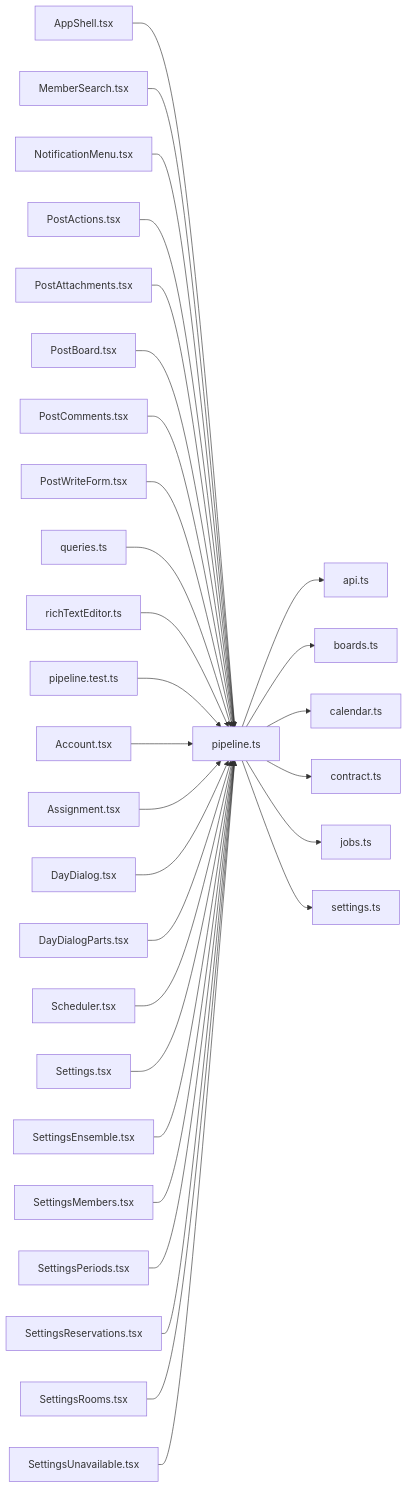
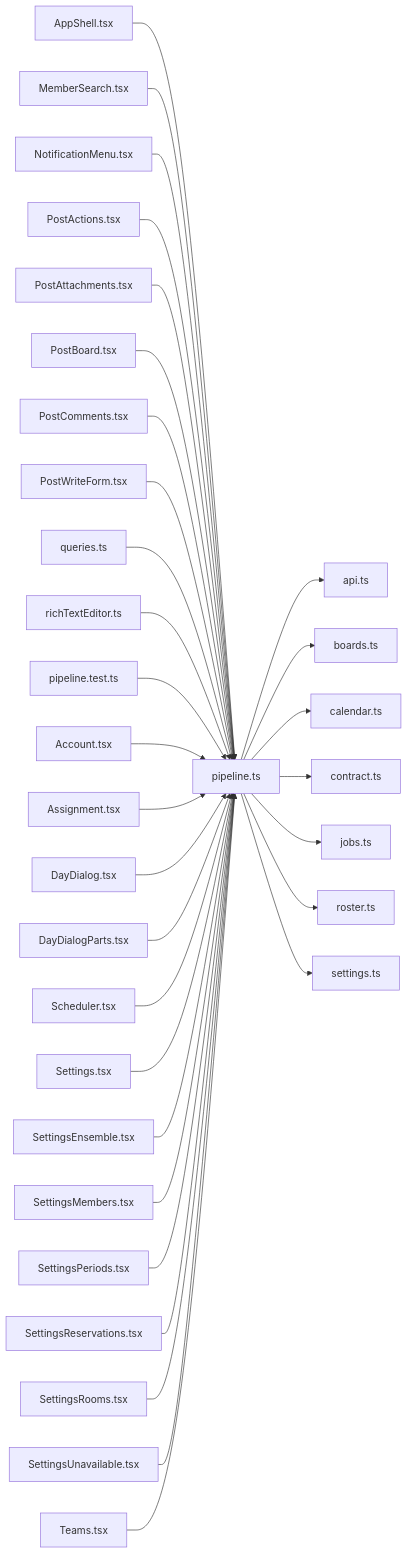
The diagram in .cluedoc/graph/frontend/src/lib/pipeline.md (minkong-dev/Banblit), drawn with Mermaid before and after one commit. The commit also changed other lines of this file and 11 other files, not shown here.

First line of the commit message:
frontend: move team saving, schedule loading and draft checks out of routes into lib

````diff
--- a/.cluedoc/graph/frontend/src/lib/pipeline.md
+++ b/.cluedoc/graph/frontend/src/lib/pipeline.md
@@ -10,33 +10,35 @@
 ```mermaid
 flowchart LR
   frontend_src_lib_pipeline["pipeline.ts"]
   frontend_src_lib_pipeline --> frontend_src_lib_api["api.ts"]
   frontend_src_lib_pipeline --> frontend_src_lib_boards["boards.ts"]
   frontend_src_lib_pipeline --> frontend_src_lib_calendar["calendar.ts"]
   frontend_src_lib_pipeline --> frontend_src_lib_contract["contract.ts"]
   frontend_src_lib_pipeline --> frontend_src_lib_jobs["jobs.ts"]
+  frontend_src_lib_pipeline --> frontend_src_lib_roster["roster.ts"]
   frontend_src_lib_pipeline --> frontend_src_lib_settings["settings.ts"]
   frontend_src_components_AppShell["AppShell.tsx"] --> frontend_src_lib_pipeline
   frontend_src_components_MemberSearch["MemberSearch.tsx"] --> frontend_src_lib_pipeline
   frontend_src_components_NotificationMenu["NotificationMenu.tsx"] --> frontend_src_lib_pipeline
   frontend_src_components_PostActions["PostActions.tsx"] --> frontend_src_lib_pipeline
   frontend_src_components_PostAttachments["PostAttachments.tsx"] --> frontend_src_lib_pipeline
   frontend_src_components_PostBoard["PostBoard.tsx"] --> frontend_src_lib_pipeline
   frontend_src_components_PostComments["PostComments.tsx"] --> frontend_src_lib_pipeline
   frontend_src_components_PostWriteForm["PostWriteForm.tsx"] --> frontend_src_lib_pipeline
   frontend_src_components_queries["queries.ts"] --> frontend_src_lib_pipeline
   frontend_src_components_richTextEditor["richTextEditor.ts"] --> frontend_src_lib_pipeline
   frontend_src_lib_pipeline_test["pipeline.test.ts"] --> frontend_src_lib_pipeline
   frontend_src_routes_Account["Account.tsx"] --> frontend_src_lib_pipeline
   frontend_src_routes_Assignment["Assignment.tsx"] --> frontend_src_lib_pipeline
   frontend_src_routes_DayDialog["DayDialog.tsx"] --> frontend_src_lib_pipeline
   frontend_src_routes_DayDialogParts["DayDialogParts.tsx"] --> frontend_src_lib_pipeline
   frontend_src_routes_Scheduler["Scheduler.tsx"] --> frontend_src_lib_pipeline
   frontend_src_routes_Settings["Settings.tsx"] --> frontend_src_lib_pipeline
   frontend_src_routes_SettingsEnsemble["SettingsEnsemble.tsx"] --> frontend_src_lib_pipeline
   frontend_src_routes_SettingsMembers["SettingsMembers.tsx"] --> frontend_src_lib_pipeline
   frontend_src_routes_SettingsPeriods["SettingsPeriods.tsx"] --> frontend_src_lib_pipeline
   frontend_src_routes_SettingsReservations["SettingsReservations.tsx"] --> frontend_src_lib_pipeline
   frontend_src_routes_SettingsRooms["SettingsRooms.tsx"] --> frontend_src_lib_pipeline
   frontend_src_routes_SettingsUnavailable["SettingsUnavailable.tsx"] --> frontend_src_lib_pipeline
+  frontend_src_routes_Teams["Teams.tsx"] --> frontend_src_lib_pipeline
 ```
````
